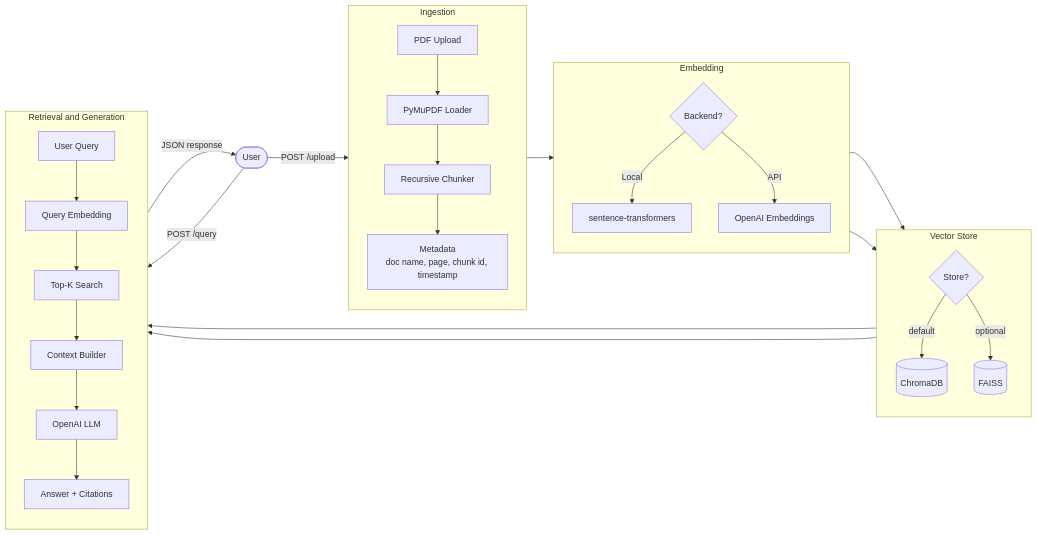
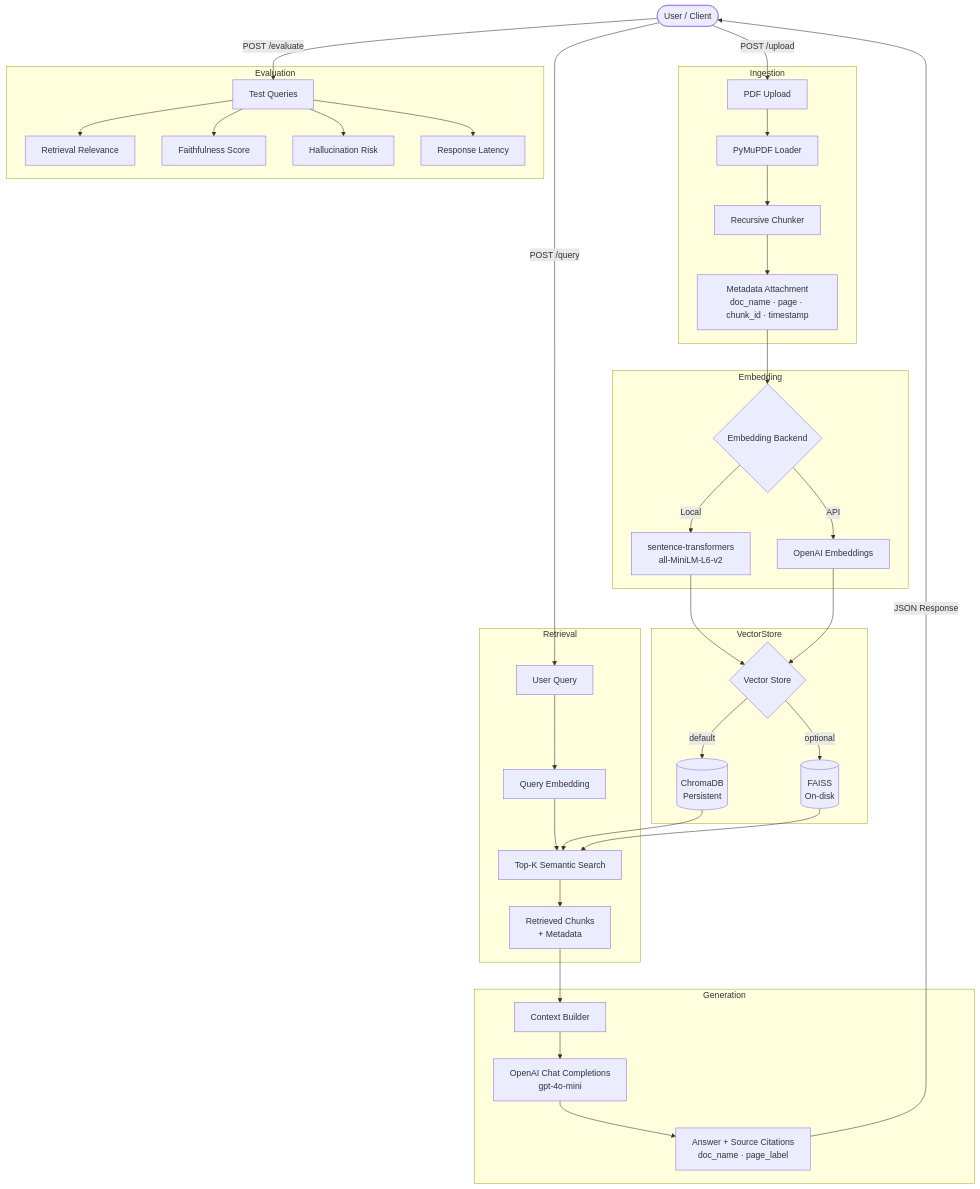
The diagram in README.md (Nishantsgithub/DocuRAG-Intelligent-PDF-Question-Answering-System), drawn with Mermaid before and after one commit.

Commit message:
Update architecture diagram in README.md

````diff
--- a/README.md
+++ b/README.md
@@ -106,43 +106,50 @@
 ```mermaid
-flowchart LR
-    User([User])
+flowchart TD
+    User([User / Client])
 
-    subgraph Ingestion["Ingestion"]
-        direction TB
+    subgraph Ingestion
         A[PDF Upload] --> B[PyMuPDF Loader]
         B --> C[Recursive Chunker]
-        C --> D[Metadata\ndoc name, page, chunk id, timestamp]
+        C --> D[Metadata Attachment\ndoc_name · page · chunk_id · timestamp]
     end
 
-    subgraph Embedding["Embedding"]
-        direction TB
-        E{Backend?}
-        E -->|Local| F[sentence-transformers]
+    subgraph Embedding
+        D --> E{Embedding Backend}
+        E -->|Local| F[sentence-transformers\nall-MiniLM-L6-v2]
         E -->|API| G[OpenAI Embeddings]
     end
 
-    subgraph Store["Vector Store"]
-        direction TB
-        H{Store?}
-        H -->|default| I[(ChromaDB)]
-        H -->|optional| J[(FAISS)]
+    subgraph VectorStore
+        F --> H{Vector Store}
+        G --> H
+        H -->|default| I[(ChromaDB\nPersistent)]
+        H -->|optional| J[(FAISS\nOn-disk)]
     end
 
-    subgraph Query["Retrieval and Generation"]
-        direction TB
+    subgraph Retrieval
         K[User Query] --> L[Query Embedding]
-        L --> M[Top-K Search]
-        M --> N[Context Builder]
-        N --> O[OpenAI LLM]
-        O --> P[Answer + Citations]
+        L --> M[Top-K Semantic Search]
+        I --> M
+        J --> M
+        M --> N[Retrieved Chunks\n+ Metadata]
+    end
+
+    subgraph Generation
+        N --> O[Context Builder]
+        O --> P[OpenAI Chat Completions\ngpt-4o-mini]
+        P --> Q[Answer + Source Citations\ndoc_name · page_label]
+    end
+
+    subgraph Evaluation
+        R[Test Queries] --> S[Retrieval Relevance]
+        R --> T[Faithfulness Score]
+        R --> U[Hallucination Risk]
+        R --> V[Response Latency]
     end
 
     User -->|POST /upload| A
-    D --> E
-    F --> H
-    G --> H
-    I --> M
-    J --> M
-    P -->|JSON response| User
     User -->|POST /query| K
+    Q -->|JSON Response| User
+    User -->|POST /evaluate| R
+
 ```
````
